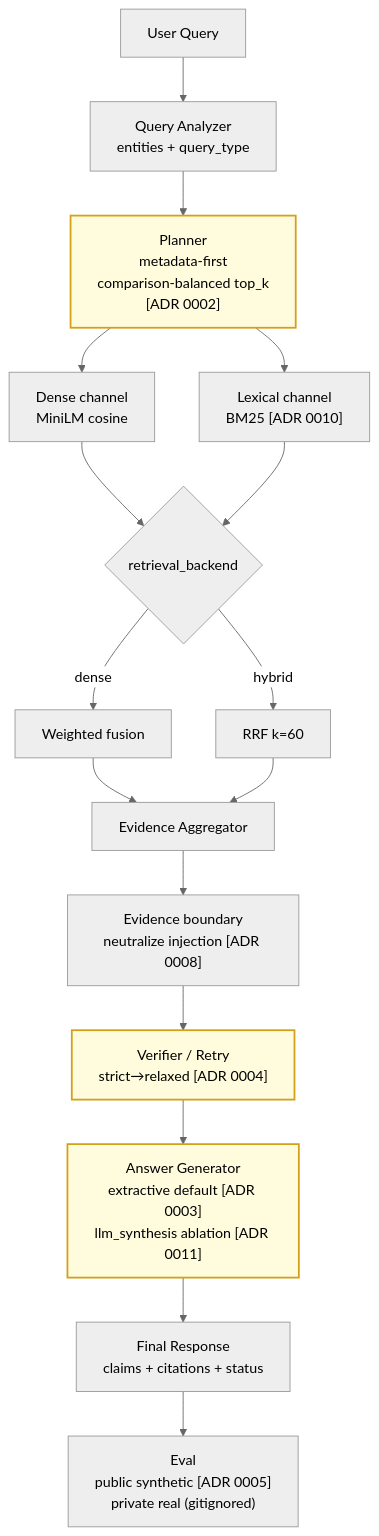
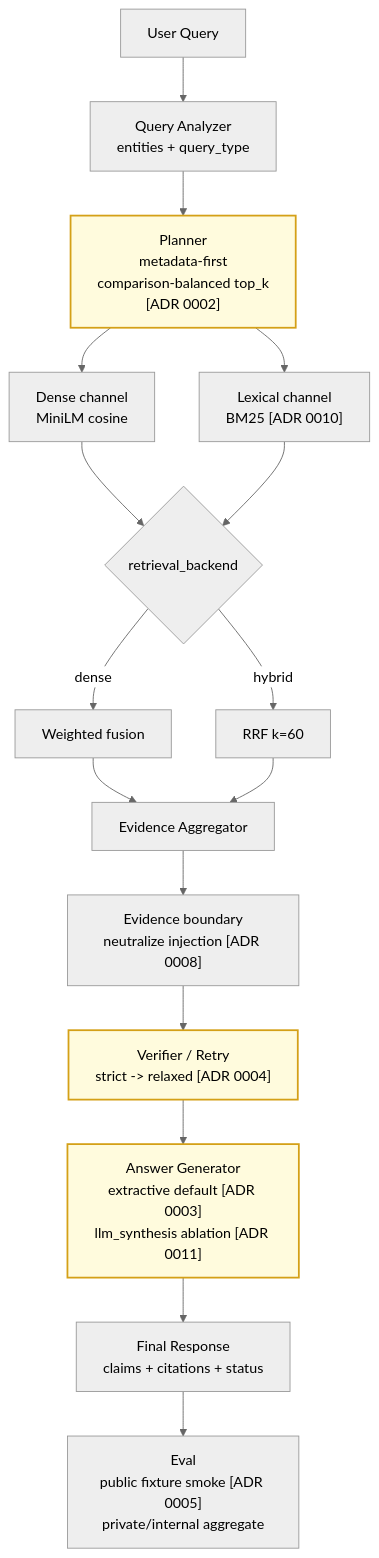
One commit to hskim-solv/BidMate-DocAgent changed the diagram in docs/architecture-deep-dive.md. Above: the diagram before and after it, drawn with Mermaid (neutral theme). The commit also changed other lines of this file and 372 other files, not shown here.

First line of the commit message:
Remove public synthetic eval surface

````diff
--- a/docs/architecture-deep-dive.md
+++ b/docs/architecture-deep-dive.md
@@ -11,21 +11,21 @@
 ```mermaid
 flowchart TD
     Q[User Query] --> A["Query Analyzer<br/>entities + query_type"]
     A --> P["Planner<br/>metadata-first<br/>comparison-balanced top_k<br/>[ADR 0002]"]
     P --> RD["Dense channel<br/>MiniLM cosine"]
     P --> RB["Lexical channel<br/>BM25 [ADR 0010]"]
     RD --> FU{retrieval_backend}
     RB --> FU
     FU -->|dense| W["Weighted fusion"]
     FU -->|hybrid| RRF["RRF k=60"]
     W --> E[Evidence Aggregator]
     RRF --> E
     E --> EB["Evidence boundary<br/>neutralize injection [ADR 0008]"]
-    EB --> V["Verifier / Retry<br/>strict→relaxed [ADR 0004]"]
+    EB --> V["Verifier / Retry<br/>strict -> relaxed [ADR 0004]"]
     V --> G["Answer Generator<br/>extractive default [ADR 0003]<br/>llm_synthesis ablation [ADR 0011]"]
     G --> F["Final Response<br/>claims + citations + status"]
-    F --> EV["Eval<br/>public synthetic [ADR 0005]<br/>private real (gitignored)"]
+    F --> EV["Eval<br/>public fixture smoke [ADR 0005]<br/>private/internal aggregate"]
 
     classDef highlight fill:#fffbdd,stroke:#d4a017,stroke-width:2px,color:#000
     class P,V,G highlight
 ```
````
